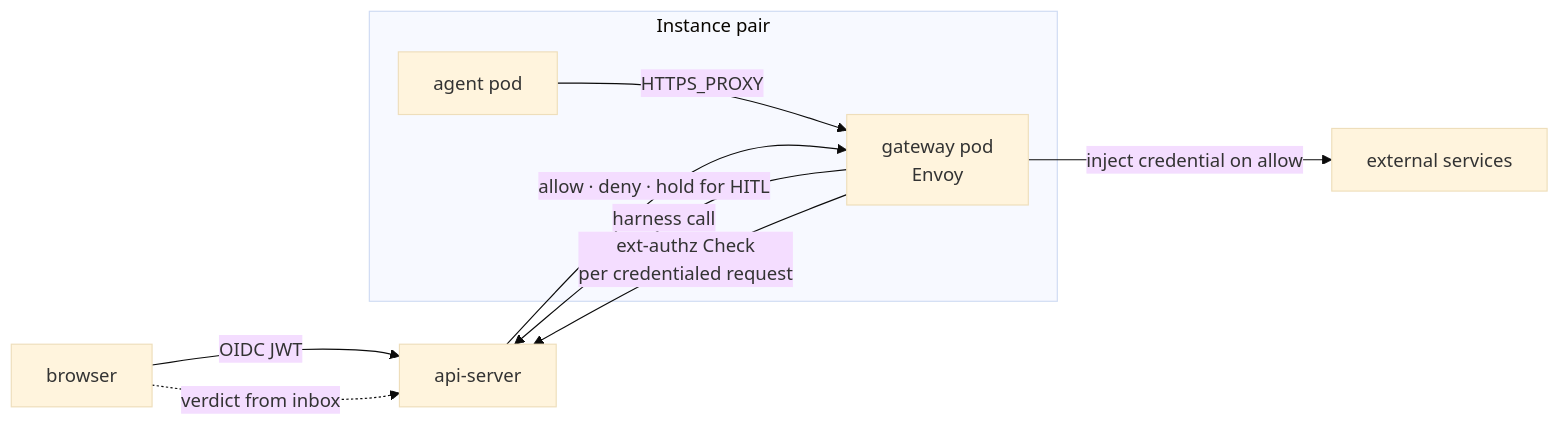
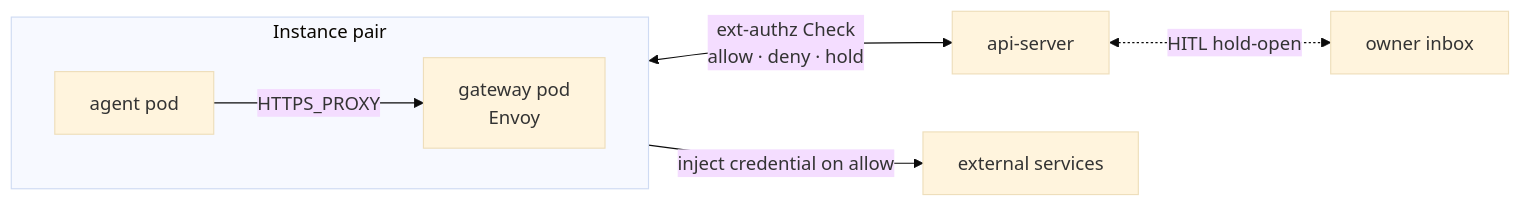
One commit to dam-agents/dam changed the second of 2 diagrams in docs/strategy/security-overview.md. Above: the diagram before and after it, drawn with Mermaid (base theme).

Commit message:
docs: declutter trust-boundary diagram around ext-authz

````diff
--- a/docs/strategy/security-overview.md
+++ b/docs/strategy/security-overview.md
@@ -34,19 +34,17 @@
 ```mermaid
 flowchart LR
-  user[browser]
-  api[api-server]
-  ext[external services]
-
   subgraph pair[Instance pair]
+    direction LR
     agent[agent pod]
     gw["gateway pod<br/>Envoy"]
   end
 
-  user -->|OIDC JWT| api
+  api[api-server]
+  owner[owner inbox]
+  ext[external services]
+
   agent -->|HTTPS_PROXY| gw
-  gw -->|harness call| api
-  gw -->|ext-authz Check<br/>per credentialed request| api
-  api -->|"allow · deny · hold for HITL"| gw
-  user -.->|verdict from inbox| api
+  gw <-->|"ext-authz Check<br/>allow · deny · hold"| api
+  api <-.->|HITL hold-open| owner
   gw -->|inject credential on allow| ext
 ```
````
